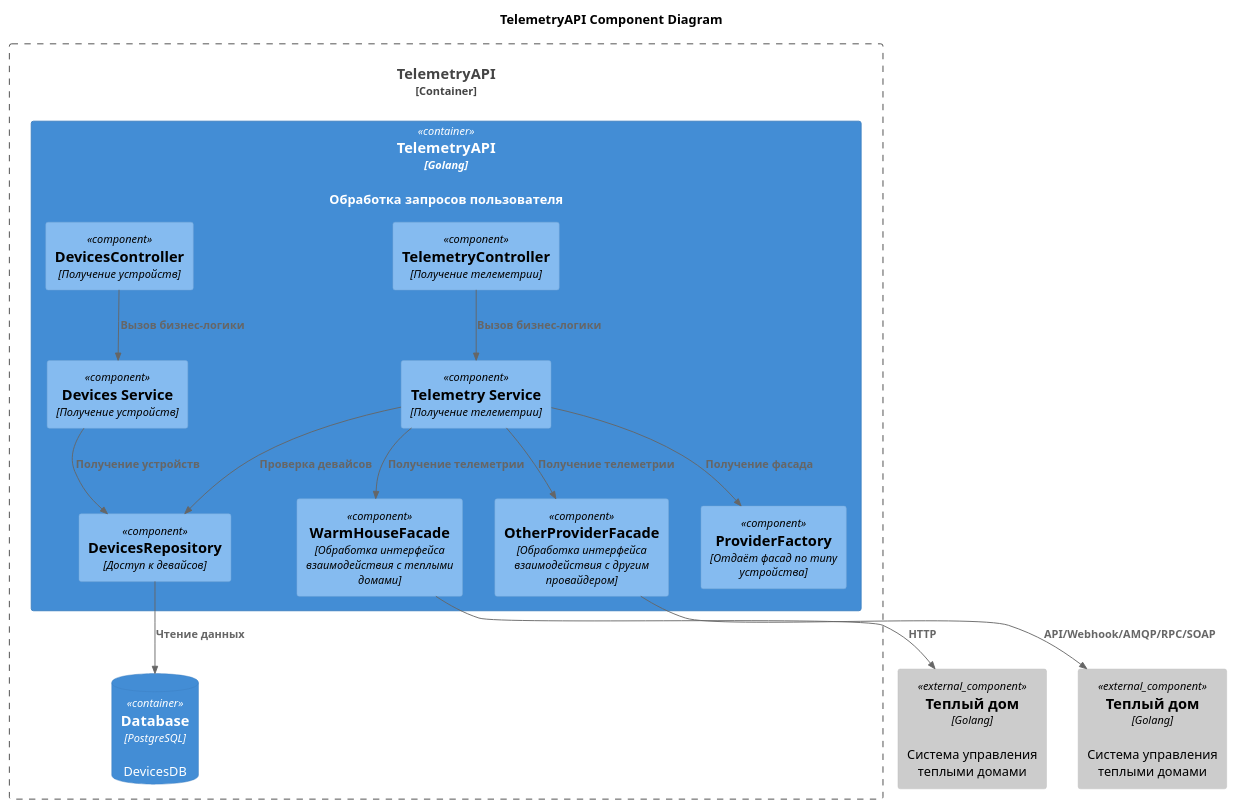
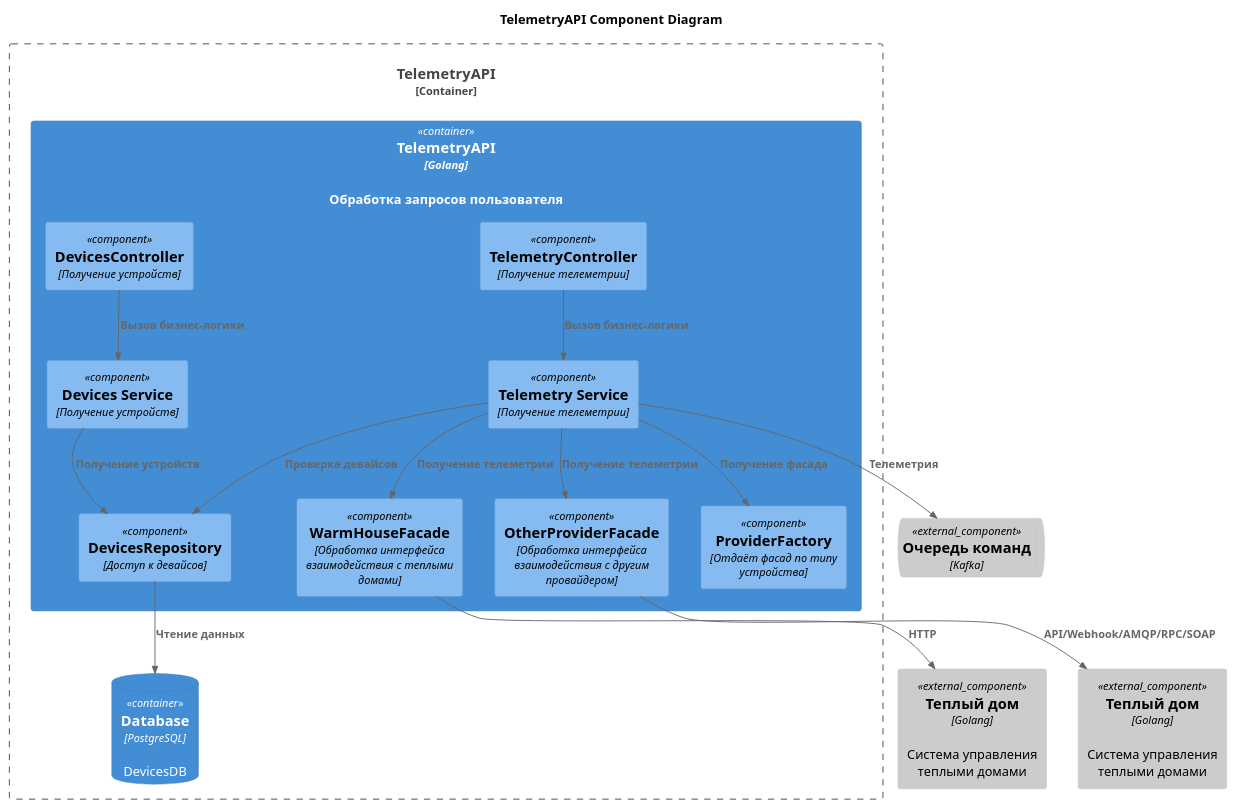
The diagram in diagrams/components/telemetry_api.puml (mrpeunov/architecture-pro-warmhouse), drawn with PlantUML before and after one commit. The commit also changed 23 other files, not shown here.

```diff
--- a/diagrams/components/telemetry_api.puml
+++ b/diagrams/components/telemetry_api.puml
@@ -1,43 +1,45 @@
 @startuml
 title TelemetryAPI Component Diagram
 
 top to bottom direction
 
 !include <C4/C4_Component>
 
 Container_Boundary(TelemetryAPI, "TelemetryAPI") {
   Container(TelemetryAPIContainer, "TelemetryAPI", "Golang", "Обработка запросов пользователя")
   ContainerDb(Database, "Database", "PostgreSQL", "DevicesDB")
 }
 
 Container(TelemetryAPIContainer, "Web Application", "Golang") {
   Component(TelemetryController, "TelemetryController", "Получение телеметрии")
   Component(DevicesController, "DevicesController", "Получение устройств")
 
   Component(TelemetryService, "Telemetry Service", "Получение телеметрии")
   Component(DevicesService, "Devices Service", "Получение устройств")
 
   Component(ProviderFactory, "ProviderFactory", "Отдаёт фасад по типу устройства")
   Component(WarmHouseFacade, "WarmHouseFacade", Обработка интерфейса взаимодействия с теплыми домами)
   Component(OtherProviderFacade, "OtherProviderFacade", Обработка интерфейса взаимодействия с другим провайдером)
 
   Component(DevicesRepository, "DevicesRepository", "Доступ к девайсов")
  }
 
 Component_Ext(WarmHouseProvider, Теплый дом, Golang, Система управления теплыми домами)
 Component_Ext(OtherProvider, Теплый дом, "Golang", Система управления теплыми домами)
+ComponentQueue_Ext(DeviceCommandQueue, Очередь команд, Kafka)
 
 Rel(TelemetryController, TelemetryService, "Вызов бизнеc-логики")
 Rel(TelemetryService, DevicesRepository, "Проверка девайсов")
+Rel(TelemetryService, DeviceCommandQueue, "Телеметрия")
 Rel(TelemetryService, ProviderFactory, "Получение фасада")
 Rel(TelemetryService, WarmHouseFacade, "Получение телеметрии")
 Rel(TelemetryService, OtherProviderFacade, "Получение телеметрии")
 
 Rel(DevicesController, DevicesService, "Вызов бизнеc-логики")
 Rel(DevicesService, DevicesRepository, "Получение устройств")
 
 Rel(DevicesRepository, Database, "Чтение данных")
 Rel(WarmHouseFacade, WarmHouseProvider, "HTTP")
 Rel(OtherProviderFacade, OtherProvider, "API/Webhook/AMQP/RPC/SOAP")
 
 @enduml
```
